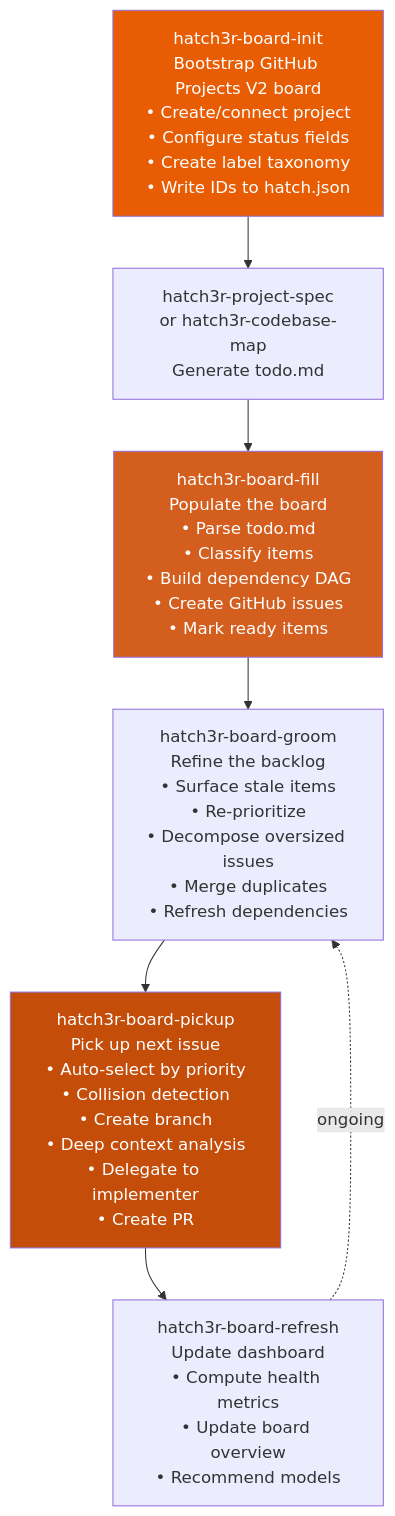
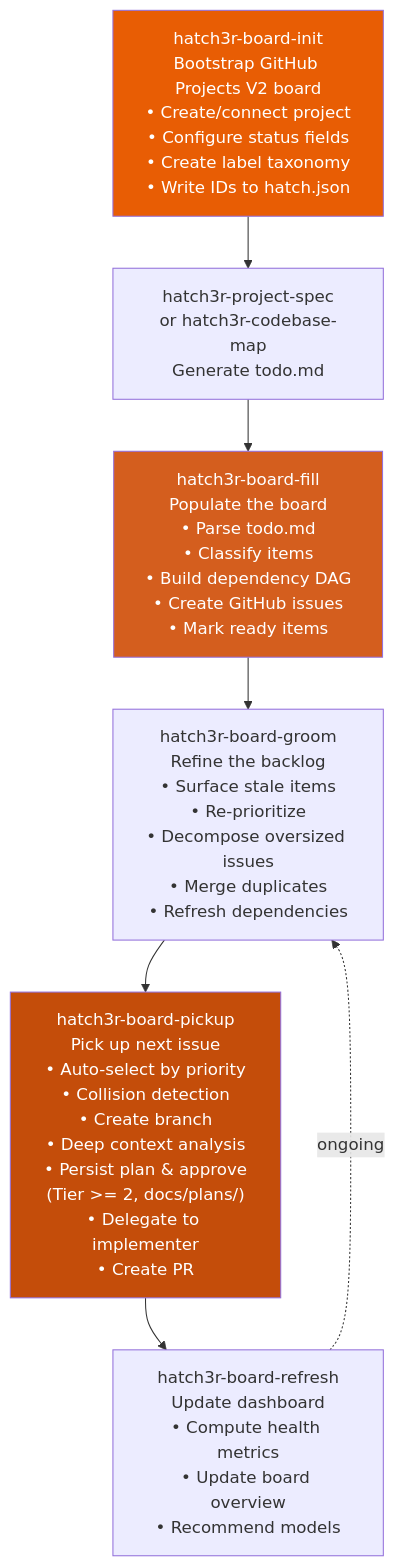
One commit to hatch3r/hatch3r changed the third of 5 diagrams in docs/agentic-process.md. Above: the diagram before and after it, drawn with Mermaid. The commit also changed 77 other files, not shown here.

````diff
--- a/docs/agentic-process.md
+++ b/docs/agentic-process.md
@@ -67,25 +67,25 @@
 ```mermaid
 flowchart TB
     init["hatch3r-board-init\nBootstrap GitHub Projects V2 board\n• Create/connect project\n• Configure status fields\n• Create label taxonomy\n• Write IDs to hatch.json"]
 
     spec["hatch3r-project-spec\nor hatch3r-codebase-map\nGenerate todo.md"]
 
     fill["hatch3r-board-fill\nPopulate the board\n• Parse todo.md\n• Classify items\n• Build dependency DAG\n• Create GitHub issues\n• Mark ready items"]
 
     groom["hatch3r-board-groom\nRefine the backlog\n• Surface stale items\n• Re-prioritize\n• Decompose oversized issues\n• Merge duplicates\n• Refresh dependencies"]
 
-    pickup["hatch3r-board-pickup\nPick up next issue\n• Auto-select by priority\n• Collision detection\n• Create branch\n• Deep context analysis\n• Delegate to implementer\n• Create PR"]
+    pickup["hatch3r-board-pickup\nPick up next issue\n• Auto-select by priority\n• Collision detection\n• Create branch\n• Deep context analysis\n• Persist plan & approve\n(Tier >= 2, docs/plans/)\n• Delegate to implementer\n• Create PR"]
 
     refresh["hatch3r-board-refresh\nUpdate dashboard\n• Compute health metrics\n• Update board overview\n• Recommend models"]
 
     init --> spec
     spec --> fill
     fill --> groom
     groom --> pickup
     pickup --> refresh
     refresh -.->|"ongoing"| groom
 
     style init fill:#e85d04,color:#fff
     style fill fill:#d45e1e,color:#fff
     style pickup fill:#c44d0a,color:#fff
 ```
````
